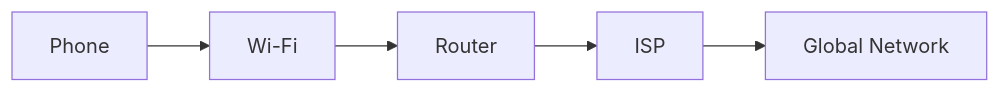
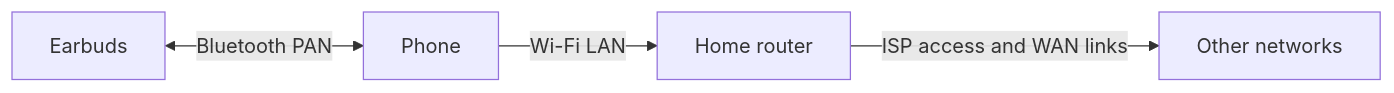
The seventh of 12 diagrams in computer-network/01-fundamentals/fundamentals.md (vanshbaranwal/backend-projects), drawn with Mermaid before and after one commit. The commit also changed other lines of this file and 2 other files, not shown here.

Commit message:
docs(networking): refine notes, analogies, and diagrams

````diff
--- a/computer-network/01-fundamentals/fundamentals.md
+++ b/computer-network/01-fundamentals/fundamentals.md
@@ -160,7 +207,6 @@
 ```mermaid
 flowchart LR
-    A[Phone] --> B[Wi-Fi]
-    B --> C[Router]
-    C --> D[ISP]
-    D --> E[Global Network]
+    E[Earbuds] <-->|Bluetooth PAN| P[Phone]
+    P -->|Wi-Fi LAN| R[Home router]
+    R -->|ISP access and WAN links| I[Other networks]
 ```
````
